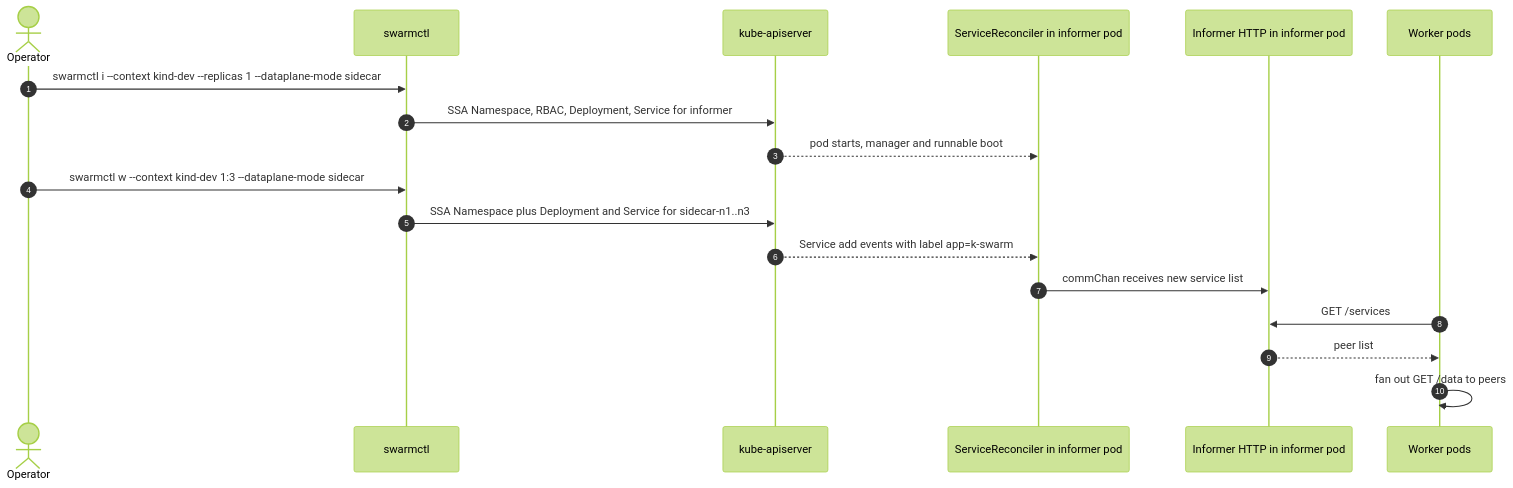
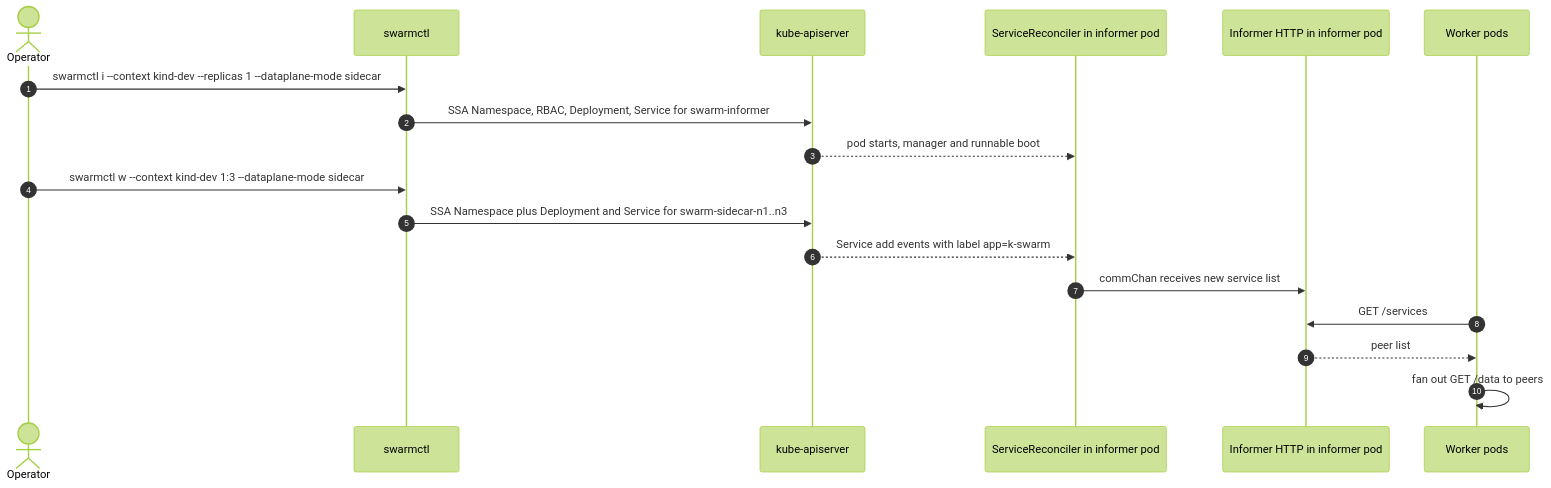
One commit to h0tbird/k-swarm changed the sixth of 6 diagrams in docs/architecture.md. Above: the diagram before and after it, drawn with Mermaid (forest theme). The commit also changed other lines of this file, not shown here.

````diff
--- a/docs/architecture.md
+++ b/docs/architecture.md
@@ -316,21 +326,21 @@
 ```mermaid
 sequenceDiagram
     autonumber
     actor Op as Operator
     participant SC as swarmctl
     participant API as kube-apiserver
     participant CTRL as ServiceReconciler in informer pod
     participant SRV as Informer HTTP in informer pod
     participant W as Worker pods
 
     Op->>SC: swarmctl i --context kind-dev --replicas 1 --dataplane-mode sidecar
-    SC->>API: SSA Namespace, RBAC, Deployment, Service for informer
+    SC->>API: SSA Namespace, RBAC, Deployment, Service for swarm-informer
     API-->>CTRL: pod starts, manager and runnable boot
     Op->>SC: swarmctl w --context kind-dev 1:3 --dataplane-mode sidecar
-    SC->>API: SSA Namespace plus Deployment and Service for sidecar-n1..n3
+    SC->>API: SSA Namespace plus Deployment and Service for swarm-sidecar-n1..n3
     API-->>CTRL: Service add events with label app=k-swarm
     CTRL->>SRV: commChan receives new service list
     W->>SRV: GET /services
     SRV-->>W: peer list
     W->>W: fan out GET /data to peers
 ```
````
